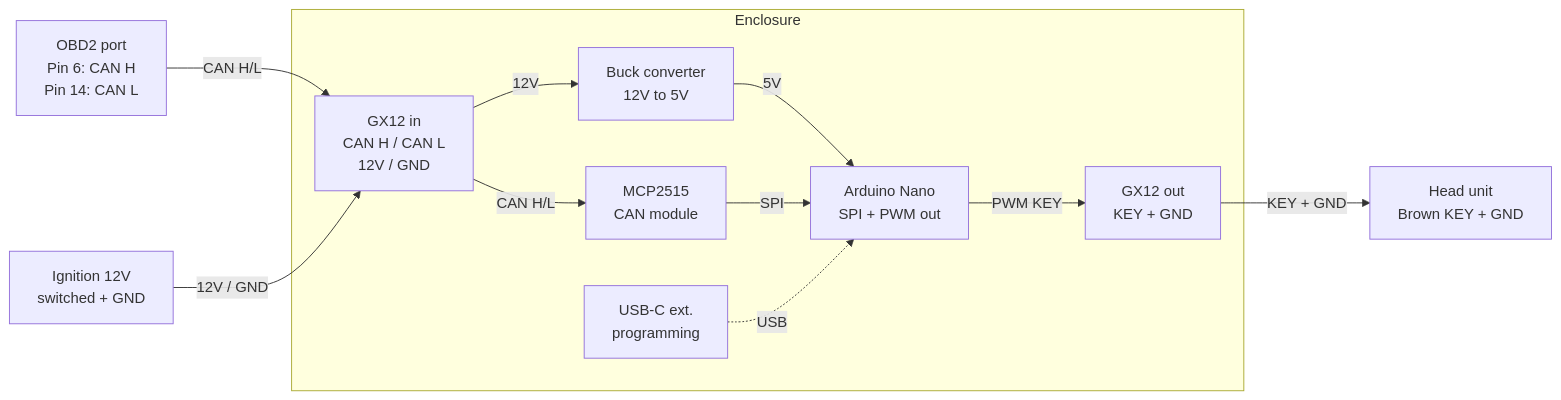
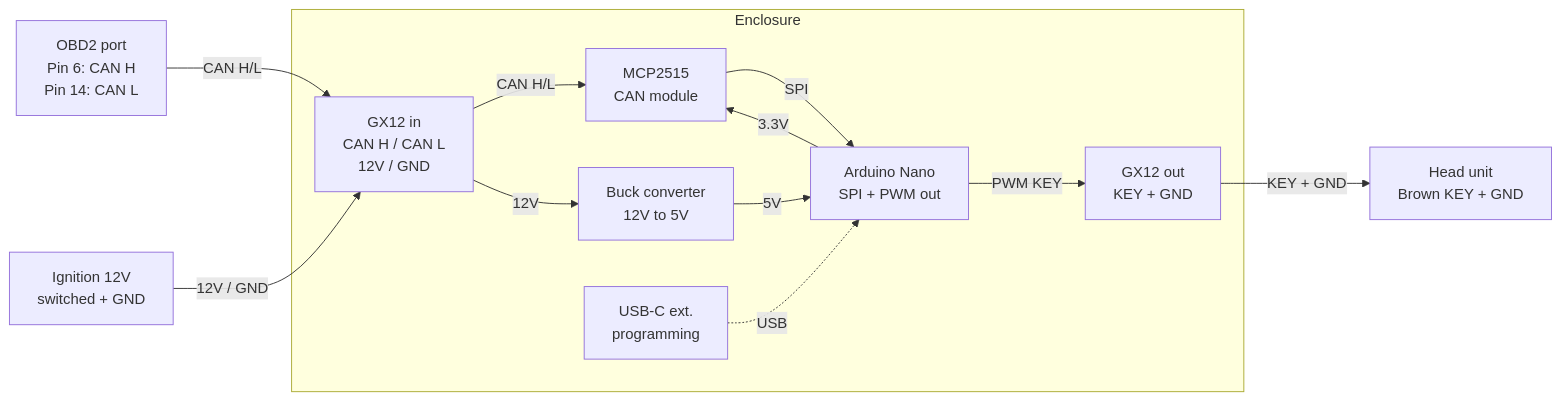
Before and after one commit to nicksantamaria/arduino-subaru-impreza-swc: the diagram in README.md, drawn with Mermaid.

Commit message:
Added power input to MCP

````diff
--- a/README.md
+++ b/README.md
@@ -92,26 +92,27 @@
 ```mermaid
 flowchart LR
     OBD2["OBD2 port\nPin 6: CAN H\nPin 14: CAN L"]
     IGN["Ignition 12V\nswitched + GND"]
 
     subgraph ENC["Enclosure"]
         GX12IN["GX12 in\nCAN H / CAN L\n12V / GND"]
         MCP["MCP2515\nCAN module"]
         BUCK["Buck converter\n12V to 5V"]
         NANO["Arduino Nano\nSPI + PWM out"]
         GX12OUT["GX12 out\nKEY + GND"]
         USBC["USB-C ext.\nprogramming"]
     end
 
     HU["Head unit\nBrown KEY + GND"]
 
     OBD2 -->|CAN H/L| GX12IN
     IGN -->|12V / GND| GX12IN
     GX12IN -->|CAN H/L| MCP
     GX12IN -->|12V| BUCK
     BUCK -->|5V| NANO
     MCP -->|SPI| NANO
+    NANO -->|3.3V| MCP
     NANO -->|PWM KEY| GX12OUT
     GX12OUT -->|KEY + GND| HU
     USBC -.->|USB| NANO
 ```
````
